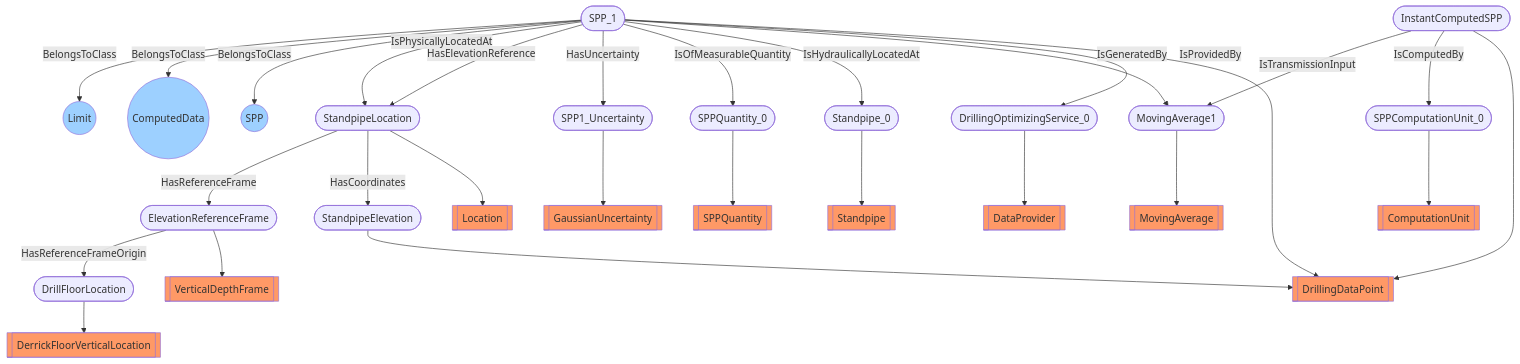
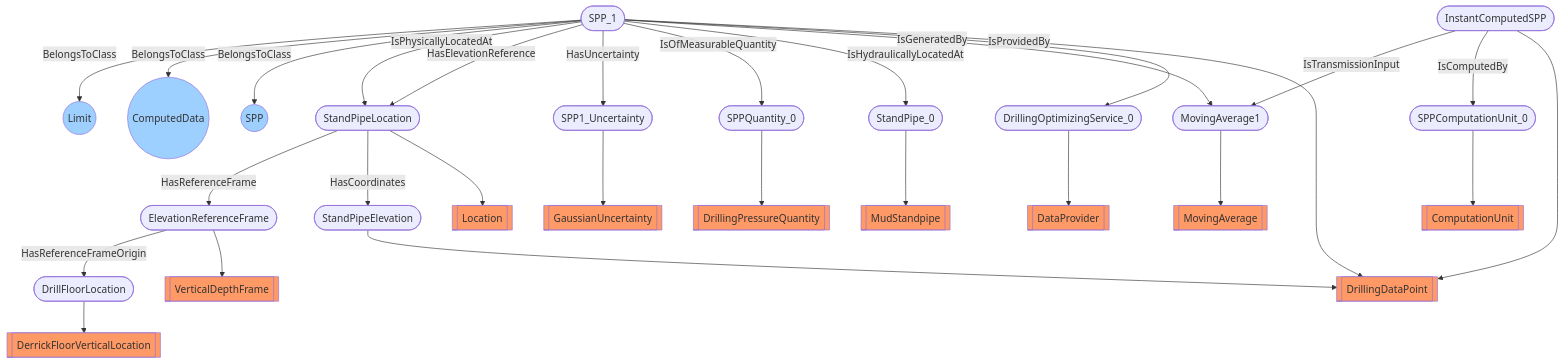
Before and after one commit to D-WIS/DDHub-Semantic-Interoperability: the diagram in docs/vocabulary_development/auto-generated/md/examples/DWIS-SPP1.md, drawn with Mermaid. The commit also changed other lines of this file and 36 other files, not shown here.

````diff
--- a/docs/vocabulary_development/auto-generated/md/examples/DWIS-SPP1.md
+++ b/docs/vocabulary_development/auto-generated/md/examples/DWIS-SPP1.md
@@ -29,32 +29,32 @@
 ```mermaid
 flowchart TD
 	 classDef typeClass fill:#f96;
 	 classDef classClass fill:#9dd0ff;
-	Standpipe_0([Standpipe_0]) --> Standpipe[[Standpipe]]:::typeClass
-	SPPQuantity_0([SPPQuantity_0]) --> SPPQuantity[[SPPQuantity]]:::typeClass
-	StandpipeLocation([StandpipeLocation]) --> Location[[Location]]:::typeClass
+	StandPipe_0([StandPipe_0]) --> MudStandpipe[[MudStandpipe]]:::typeClass
+	SPPQuantity_0([SPPQuantity_0]) --> DrillingPressureQuantity[[DrillingPressureQuantity]]:::typeClass
+	StandPipeLocation([StandPipeLocation]) --> Location[[Location]]:::typeClass
 	DrillFloorLocation([DrillFloorLocation]) --> DerrickFloorVerticalLocation[[DerrickFloorVerticalLocation]]:::typeClass
-	StandpipeElevation([StandpipeElevation]) --> DrillingDataPoint[[DrillingDataPoint]]:::typeClass
+	StandPipeElevation([StandPipeElevation]) --> DrillingDataPoint[[DrillingDataPoint]]:::typeClass
 	ElevationReferenceFrame([ElevationReferenceFrame]) --> VerticalDepthFrame[[VerticalDepthFrame]]:::typeClass
 	SPP_1([SPP_1]) --> DrillingDataPoint[[DrillingDataPoint]]:::typeClass
 	DrillingOptimizingService_0([DrillingOptimizingService_0]) --> DataProvider[[DataProvider]]:::typeClass
 	MovingAverage1([MovingAverage1]) --> MovingAverage[[MovingAverage]]:::typeClass
 	SPP1_Uncertainty([SPP1_Uncertainty]) --> GaussianUncertainty[[GaussianUncertainty]]:::typeClass
 	SPPComputationUnit_0([SPPComputationUnit_0]) --> ComputationUnit[[ComputationUnit]]:::typeClass
 	InstantComputedSPP([InstantComputedSPP]) --> DrillingDataPoint[[DrillingDataPoint]]:::typeClass
-	 StandpipeLocation -- HasCoordinates --> StandpipeElevation 
-	 StandpipeLocation -- HasReferenceFrame --> ElevationReferenceFrame 
+	 StandPipeLocation -- HasCoordinates --> StandPipeElevation 
+	 StandPipeLocation -- HasReferenceFrame --> ElevationReferenceFrame 
 	 ElevationReferenceFrame -- HasReferenceFrameOrigin --> DrillFloorLocation 
 	 SPP_1 -- IsProvidedBy --> DrillingOptimizingService_0 
 	 SPP_1 -- IsGeneratedBy --> MovingAverage1 
-	 SPP_1 -- IsHydraulicallyLocatedAt --> Standpipe_0 
+	 SPP_1 -- IsHydraulicallyLocatedAt --> StandPipe_0 
 	 SPP_1 -- IsOfMeasurableQuantity --> SPPQuantity_0 
 	 SPP_1 -- HasUncertainty --> SPP1_Uncertainty 
-	 SPP_1 -- HasElevationReference --> StandpipeLocation 
-	 SPP_1 -- IsPhysicallyLocatedAt --> StandpipeLocation 
+	 SPP_1 -- HasElevationReference --> StandPipeLocation 
+	 SPP_1 -- IsPhysicallyLocatedAt --> StandPipeLocation 
 	 InstantComputedSPP -- IsComputedBy --> SPPComputationUnit_0 
 	 InstantComputedSPP -- IsTransmissionInput --> MovingAverage1 
 	 SPP_1 -- BelongsToClass --> SPP((SPP)):::classClass
 	 SPP_1 -- BelongsToClass --> ComputedData((ComputedData)):::classClass
 	 SPP_1 -- BelongsToClass --> Limit((Limit)):::classClass
 ```
````
